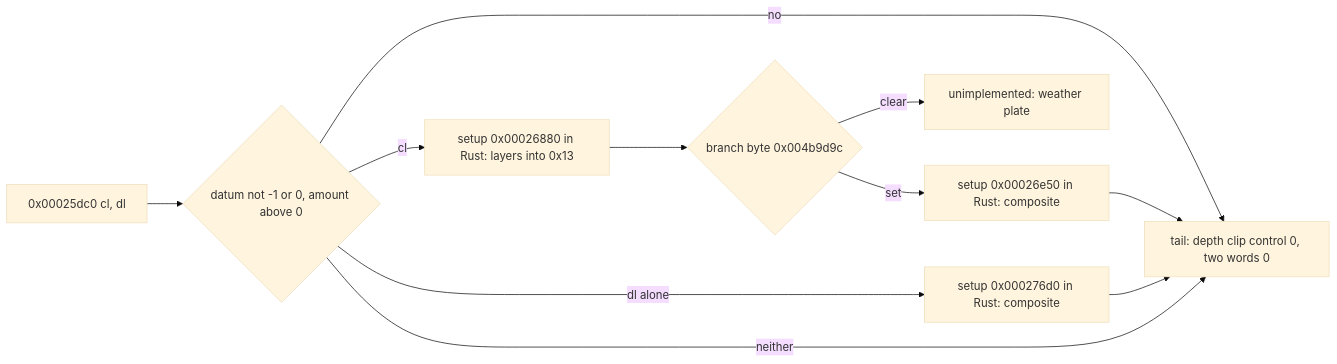
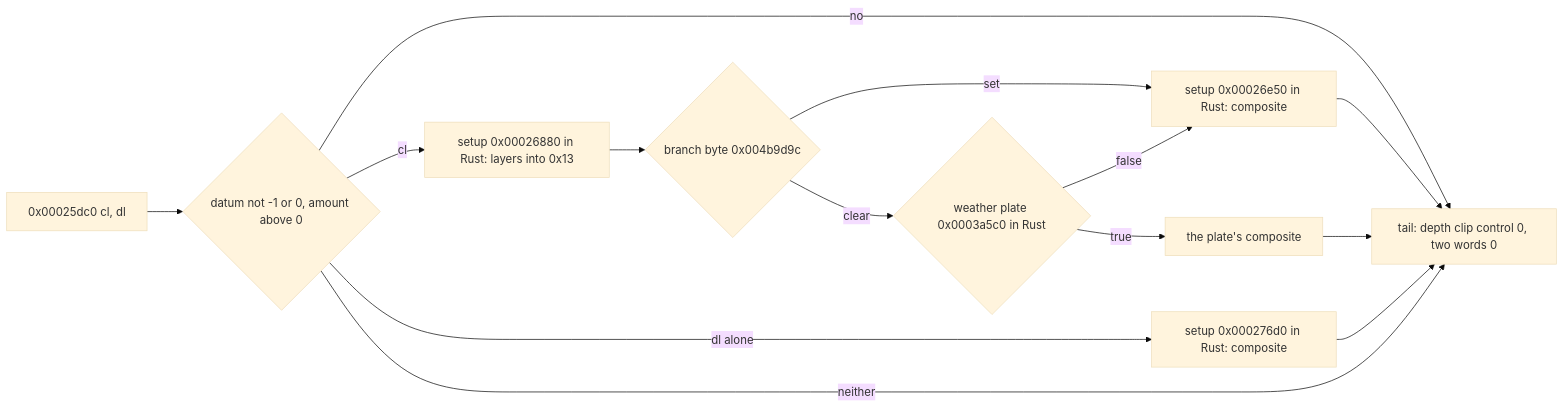
One commit to 0xdeafcafe/h2r changed the diagram in docs/graphics/retire-d3d-fog-fans.md. Above: the diagram before and after it, drawn with Mermaid (base theme). The commit also changed other lines of this file and 3 other files, not shown here.

First line of the commit message:
fog fans: the weather plate 0x3a5c0 ported for the layers' composite (kind 2); true draws target 3 and 0x13 at the plate's depth, false the set branch

````diff
--- a/docs/graphics/retire-d3d-fog-fans.md
+++ b/docs/graphics/retire-d3d-fog-fans.md
@@ -11,10 +11,12 @@
 ```mermaid
 flowchart LR
   F[0x00025dc0 cl, dl] --> G{datum not -1 or 0, amount above 0}
   G -- no --> T[tail: depth clip control 0, two words 0]
   G -- cl --> L[setup 0x00026880 in Rust: layers into 0x13] --> LC{branch byte 0x004b9d9c}
   LC -- set --> C2[setup 0x00026e50 in Rust: composite] --> T
-  LC -- clear --> W[unimplemented: weather plate]
+  LC -- clear --> W{weather plate 0x0003a5c0 in Rust}
+  W -- true --> P[the plate's composite] --> T
+  W -- false --> C2
   G -- dl alone --> C[setup 0x000276d0 in Rust: composite] --> T
   G -- neither --> T
 ```
````
